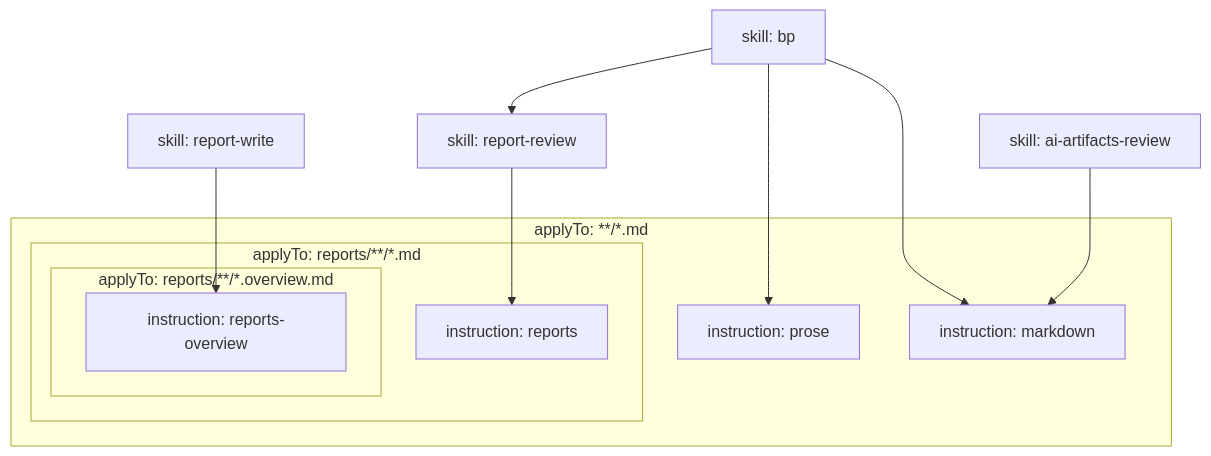
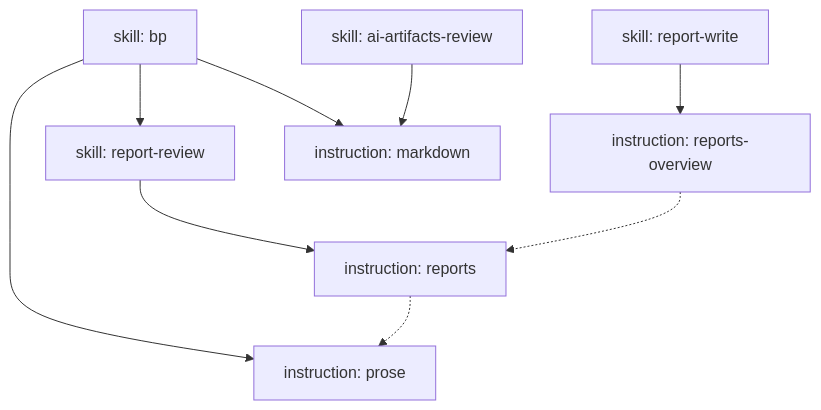
One commit to SavenkovIgor/railing changed the diagram in README.md. Above: the diagram before and after it, drawn with Mermaid. The commit also changed other lines of this file, not shown here.

Commit message:
Restore applyTo nesting edges, drop the one between prose and markdown
Claude-Session: https://claude.ai/code/session_01D7k67NntLk5LRZnd7f2ka9

````diff
--- a/README.md
+++ b/README.md
@@ -40,25 +40,20 @@
 ```mermaid
 flowchart TD
     BP["skill: bp"]
     RR["skill: report-review"]
     RW["skill: report-write"]
     AAR["skill: ai-artifacts-review"]
-
-    subgraph MDS["applyTo: **/*.md"]
-        PR["instruction: prose"]
-        MD["instruction: markdown"]
-        subgraph REPS["applyTo: reports/**/*.md"]
-            REP["instruction: reports"]
-            subgraph ROS["applyTo: reports/**/*.overview.md"]
-                RO["instruction: reports-overview"]
-            end
-        end
-    end
+    REP["instruction: reports"]
+    RO["instruction: reports-overview"]
+    PR["instruction: prose"]
+    MD["instruction: markdown"]
 
     BP --> RR
     BP --> PR
     BP --> MD
     RR --> REP
     RW --> RO
     AAR --> MD
+    RO -.-> REP
+    REP -.-> PR
 ```
````
